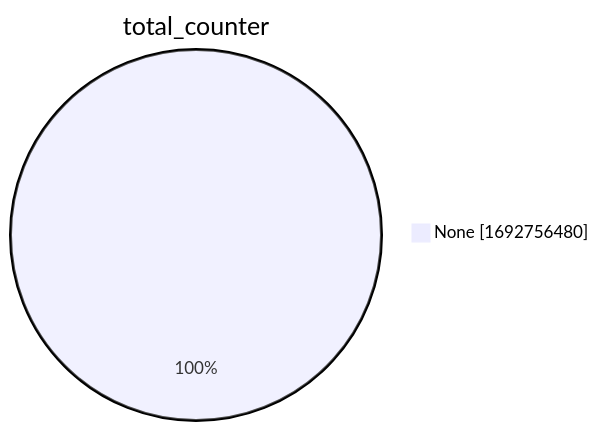
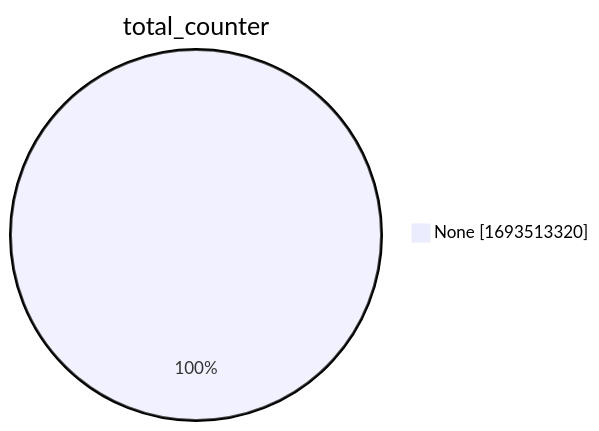
One commit to christiankrug/ctmonitor_visualization changed the second of 15 diagrams in xenon2022/README.md. Above: the diagram before and after it, drawn with Mermaid. The commit also changed other lines of this file, not shown here.

````diff
--- a/xenon2022/README.md
+++ b/xenon2022/README.md
@@ -9,5 +9,5 @@
 ```mermaid
 pie showData
 title total_counter
-"None" :1692756480
+"None" :1693513320
 ```
````
